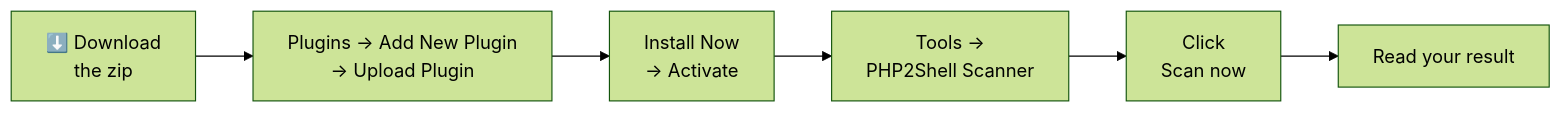
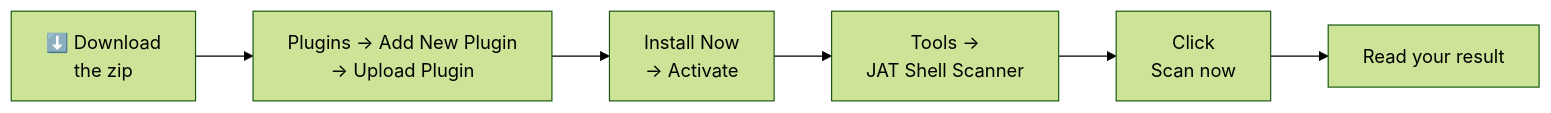
The fourth of 17 diagrams in README.md (CptNope/JAT-Shell-Scanner), drawn with Mermaid (forest theme) before and after one commit. The commit also changed other lines of this file and 18 other files, not shown here.

First line of the commit message:
Use the JAT Shell Scanner name everywhere

````diff
--- a/README.md
+++ b/README.md
@@ -216,8 +216,8 @@
 ```mermaid
 flowchart LR
     A["⬇️ Download<br/>the zip"] --> B["Plugins → Add New Plugin<br/>→ Upload Plugin"]
     B --> C["Install Now<br/>→ Activate"]
-    C --> D["Tools →<br/>PHP2Shell Scanner"]
+    C --> D["Tools →<br/>JAT Shell Scanner"]
     D --> E["Click<br/>Scan now"]
     E --> F["Read your result"]
 ```
````
